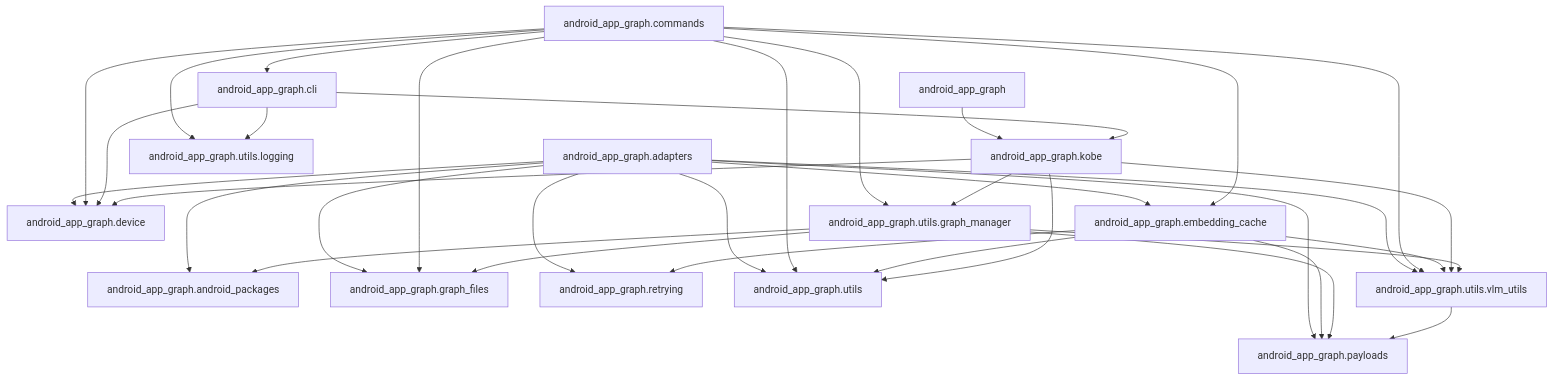
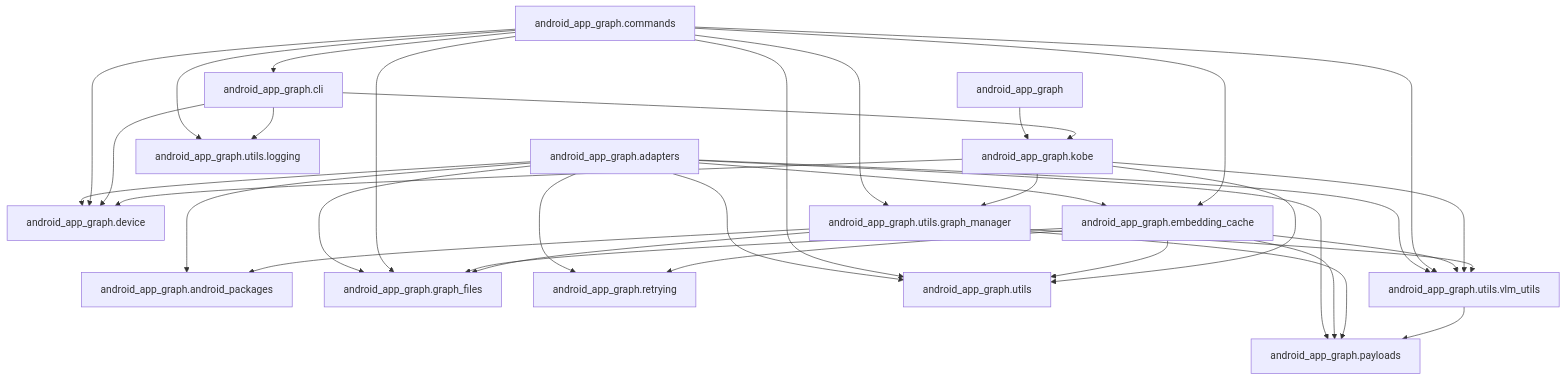
Before and after one commit to john-agi/Android-App-Graph: the diagram in README.md, drawn with Mermaid. The commit also changed 7 other files, not shown here.

First line of the commit message:
refactor: extract one atomic JSON writer, used by the graph file too

````diff
--- a/README.md
+++ b/README.md
@@ -67,36 +67,37 @@
 ```mermaid
 graph TD;
     pkg["android_app_graph"] --> kobe["android_app_graph.kobe"];
     adapters["android_app_graph.adapters"] --> pkgs["android_app_graph.android_packages"];
     adapters --> dev["android_app_graph.device"];
     adapters --> ec["android_app_graph.embedding_cache"];
     adapters --> gf["android_app_graph.graph_files"];
     adapters --> pay["android_app_graph.payloads"];
     adapters --> retry["android_app_graph.retrying"];
     adapters --> utils["android_app_graph.utils"];
     adapters --> vlm["android_app_graph.utils.vlm_utils"];
     cmd["android_app_graph.commands"] --> cli["android_app_graph.cli"];
     cmd --> dev;
     cmd --> ec;
     cmd --> gf;
     cmd --> utils;
     cmd --> gm["android_app_graph.utils.graph_manager"];
     cmd --> logging["android_app_graph.utils.logging"];
     cmd --> vlm;
     cli --> dev;
     cli --> kobe;
     cli --> logging;
+    ec --> gf;
     ec --> pay;
     ec --> retry;
     ec --> utils;
     ec --> vlm;
     kobe --> dev;
     kobe --> utils;
     kobe --> gm;
     kobe --> vlm;
     gm --> pkgs;
     gm --> gf;
     gm --> pay;
     gm --> vlm;
     vlm --> pay;
 ```
````
